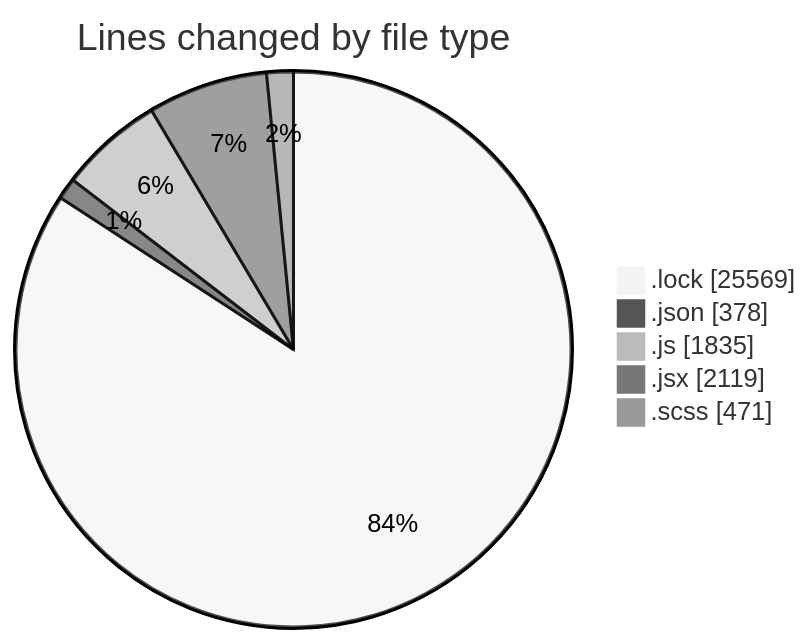
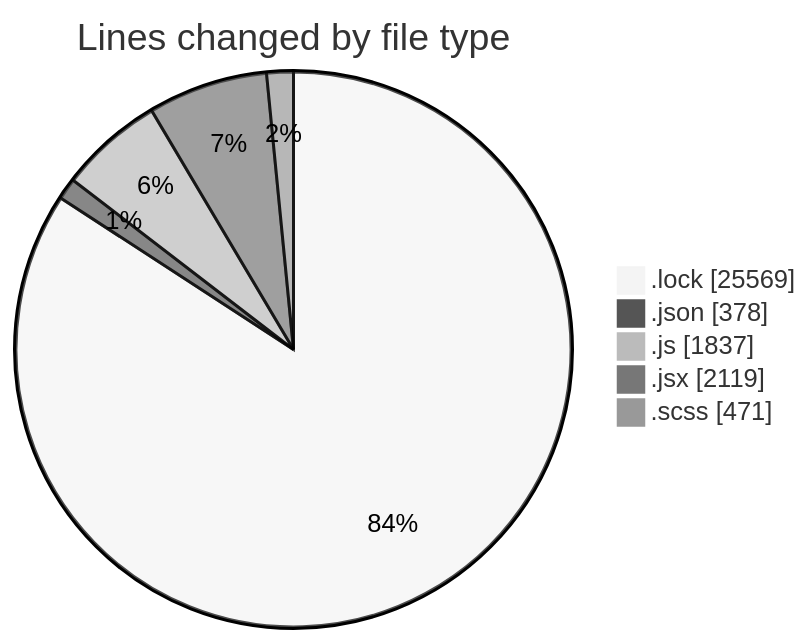
Before and after one commit to momahboobian/code-tracking: the first of 2 diagrams in 2026-01-07/cda/README.md, drawn with Mermaid (neutral theme). The commit also changed other lines of this file and 1 other file, not shown here.

````diff
--- a/2026-01-07/cda/README.md
+++ b/2026-01-07/cda/README.md
@@ -51,9 +51,9 @@
 ```mermaid
 pie showData
 title Lines changed by file type
 ".lock" : 25569
 ".json" : 378
-".js" : 1835
+".js" : 1837
 ".jsx" : 2119
 ".scss" : 471
 ```
````
